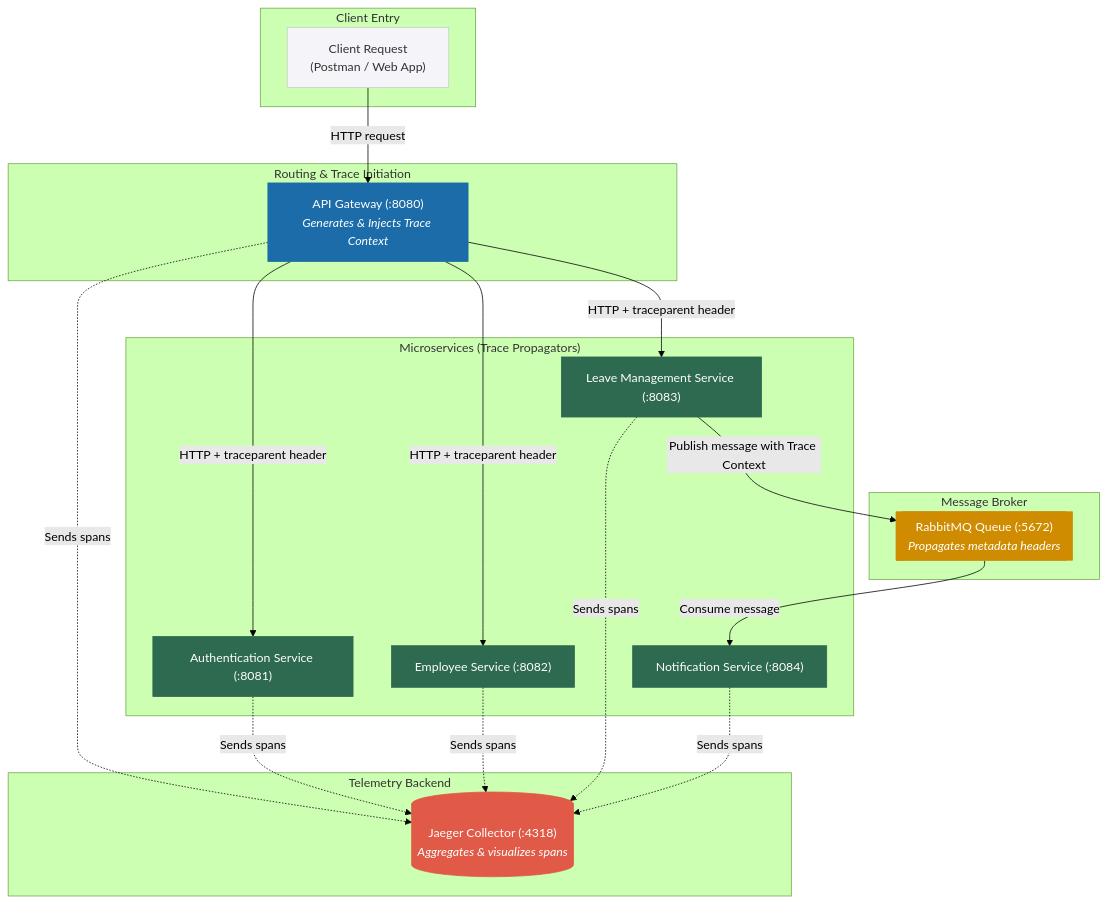
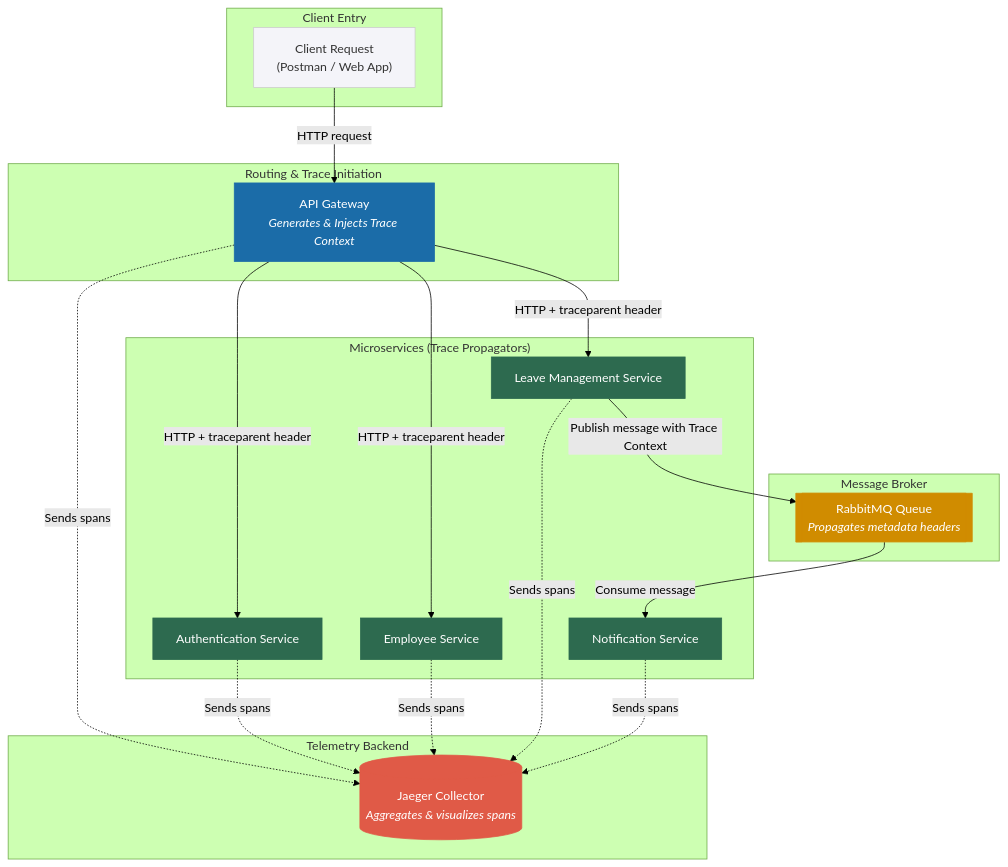
The second of 2 diagrams in documentation/cross_cutting_concerns.md (niloymcs17/NAGP2026), drawn with Mermaid (forest theme) before and after one commit. The commit also changed other lines of this file, not shown here.

````diff
--- a/documentation/cross_cutting_concerns.md
+++ b/documentation/cross_cutting_concerns.md
@@ -615,57 +462,57 @@
 ```mermaid
 flowchart TD
     %% Define Styles
     classDef gateway fill:#1b6ca8,stroke:#1b6ca8,stroke-width:1px,color:#fff;
     classDef service fill:#2d6a4f,stroke:#2d6a4f,stroke-width:1px,color:#fff;
     classDef broker fill:#d08c00,stroke:#d08c00,stroke-width:1px,color:#fff;
     classDef jaeger fill:#e05a47,stroke:#e05a47,stroke-width:1px,color:#fff;
     classDef client fill:#f4f4f9,stroke:#ccc,stroke-width:1px,color:#333;
 
     %% Subgraphs for Logical Grouping
     subgraph ClientSpace ["Client Entry"]
         Client["Client Request<br/>(Postman / Web App)"]
     end
 
     subgraph GatewaySpace ["Routing & Trace Initiation"]
-        Gateway["API Gateway (:8080)<br/><i>Generates & Injects Trace Context</i>"]
+        Gateway["API Gateway<br/><i>Generates & Injects Trace Context</i>"]
     end
 
     subgraph ServiceSpace ["Microservices (Trace Propagators)"]
-        AuthService["Authentication Service (:8081)"]
-        EmployeeService["Employee Service (:8082)"]
-        LeaveService["Leave Management Service (:8083)"]
-        NotificationService["Notification Service (:8084)"]
+        AuthService["Authentication Service"]
+        EmployeeService["Employee Service"]
+        LeaveService["Leave Management Service"]
+        NotificationService["Notification Service"]
     end
 
     subgraph BrokerSpace ["Message Broker"]
-        RabbitMQ[["RabbitMQ Queue (:5672)<br/><i>Propagates metadata headers</i>"]]
+        RabbitMQ[["RabbitMQ Queue<br/><i>Propagates metadata headers</i>"]]
     end
 
     subgraph ObsSpace ["Telemetry Backend"]
-        Jaeger[("Jaeger Collector (:4318)<br/><i>Aggregates & visualizes spans</i>")]
+        Jaeger[("Jaeger Collector<br/><i>Aggregates & visualizes spans</i>")]
     end
 
     %% Execution Flows (Solid lines)
     Client -->|HTTP request| Gateway
     Gateway -->|HTTP + traceparent header| AuthService
     Gateway -->|HTTP + traceparent header| EmployeeService
     Gateway -->|HTTP + traceparent header| LeaveService
 
     %% Asynchronous Flow via Queue
     LeaveService -->|Publish message with Trace Context| RabbitMQ
     RabbitMQ -->|Consume message| NotificationService
 
     %% Background Telemetry Reporting (Dashed lines)
     Gateway -.->|Sends spans| Jaeger
     AuthService -.->|Sends spans| Jaeger
     EmployeeService -.->|Sends spans| Jaeger
     LeaveService -.->|Sends spans| Jaeger
     NotificationService -.->|Sends spans| Jaeger
 
     %% Assign styles
     class Client client;
     class Gateway gateway;
     class AuthService,EmployeeService,LeaveService,NotificationService service;
     class RabbitMQ broker;
     class Jaeger jaeger;
 ```
````
